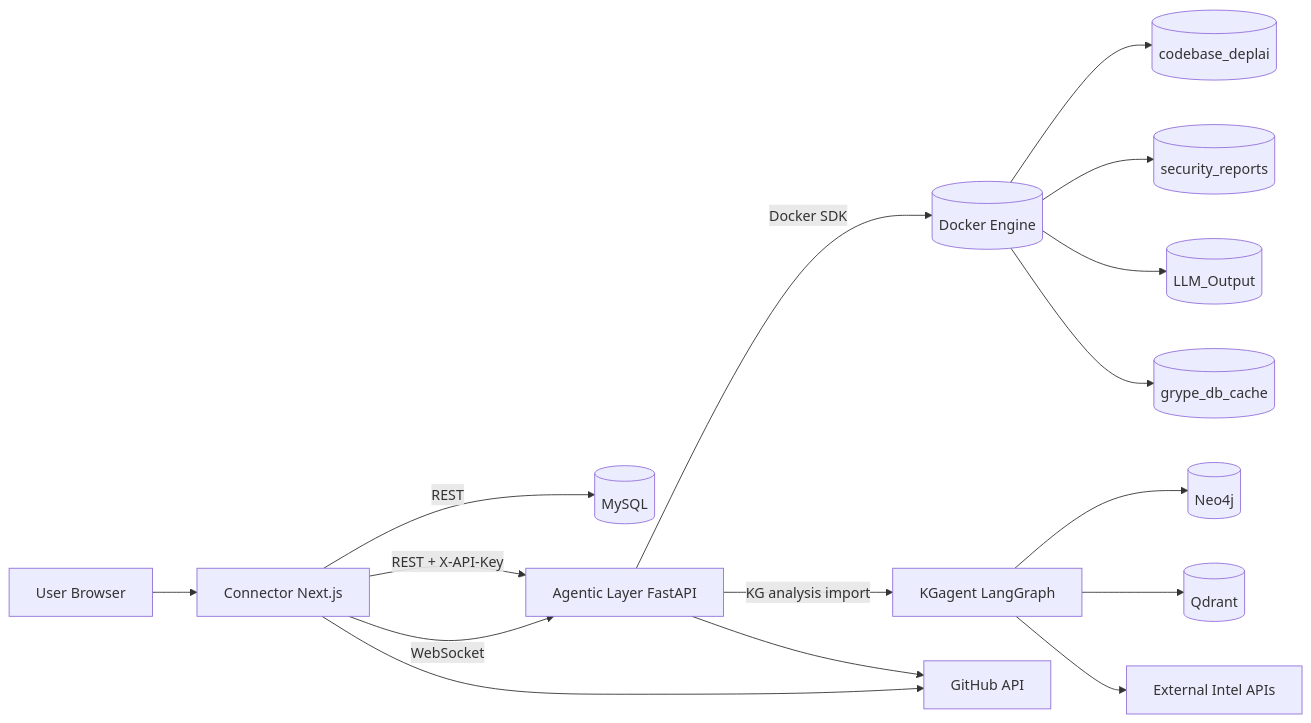
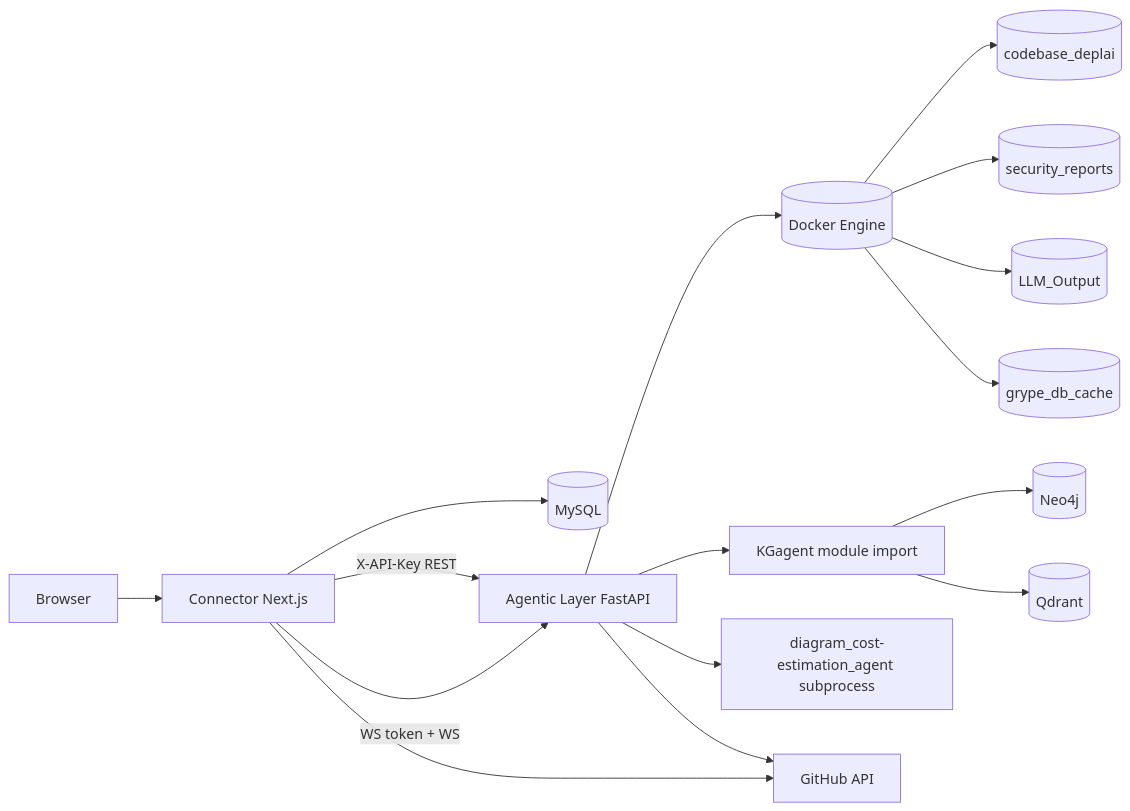
The diagram in ARCHITECTURE.md (adityajayashankar/Deplai), drawn with Mermaid before and after one commit. The commit also changed other lines of this file and 43 other files, not shown here.

````diff
--- a/ARCHITECTURE.md
+++ b/ARCHITECTURE.md
@@ -7,21 +7,21 @@
 ```mermaid
 flowchart LR
-    U[User Browser] --> C[Connector Next.js]
-    C -->|REST| DB[(MySQL)]
-    C -->|REST + X-API-Key| A[Agentic Layer FastAPI]
-    C -->|WebSocket| A
+    U[Browser] --> C[Connector Next.js]
+    C --> DB[(MySQL)]
+    C -->|X-API-Key REST| A[Agentic Layer FastAPI]
+    C -->|WS token + WS| A
 
-    A -->|Docker SDK| D[(Docker Engine)]
+    A --> D[(Docker Engine)]
     D --> V1[(codebase_deplai)]
     D --> V2[(security_reports)]
     D --> V3[(LLM_Output)]
     D --> V4[(grype_db_cache)]
 
-    A -->|KG analysis import| K[KGagent LangGraph]
+    A --> K[KGagent module import]
     K --> N[(Neo4j)]
     K --> Q[(Qdrant)]
-    K --> E[External Intel APIs]
 
-    A --> G[GitHub API]
-    C --> G
+    A --> S7[diagram_cost-estimation_agent subprocess]
+    C --> G[GitHub API]
+    A --> G
 ```
````
